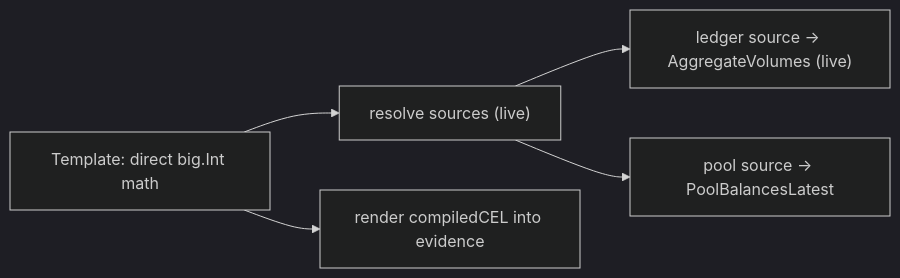
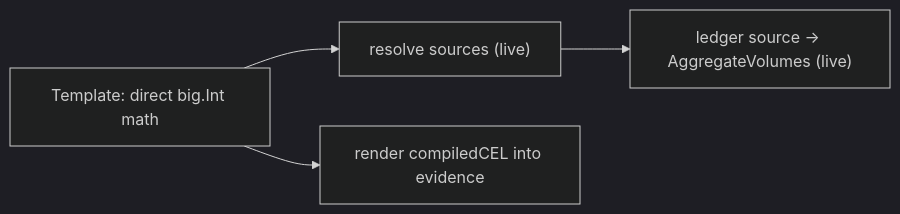
The second of 3 diagrams in docs/technical/architecture.md (formancehq/reconciliation), drawn with Mermaid (dark theme) before and after one commit. The commit also changed other lines of this file and 35 other files, not shown here.

````diff
--- a/docs/technical/architecture.md
+++ b/docs/technical/architecture.md
@@ -89,7 +85,6 @@
 ```mermaid
 flowchart LR
     Tmpl["Template: direct big.Int math"] --> Reads["resolve sources (live)"]
     Reads --> LR["ledger source → AggregateVolumes (live)"]
-    Reads --> PR["pool source → PoolBalancesLatest"]
     Tmpl --> Evidence["render compiledCEL into evidence"]
 ```
````
